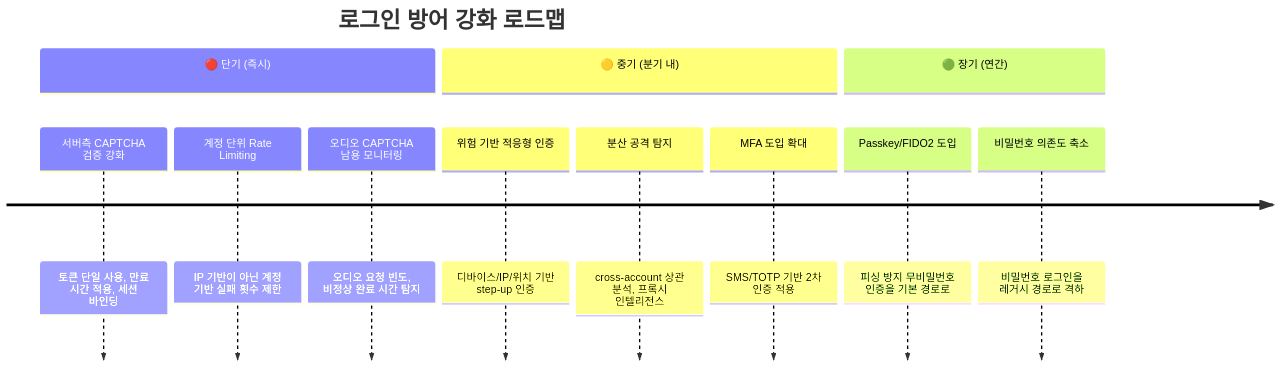
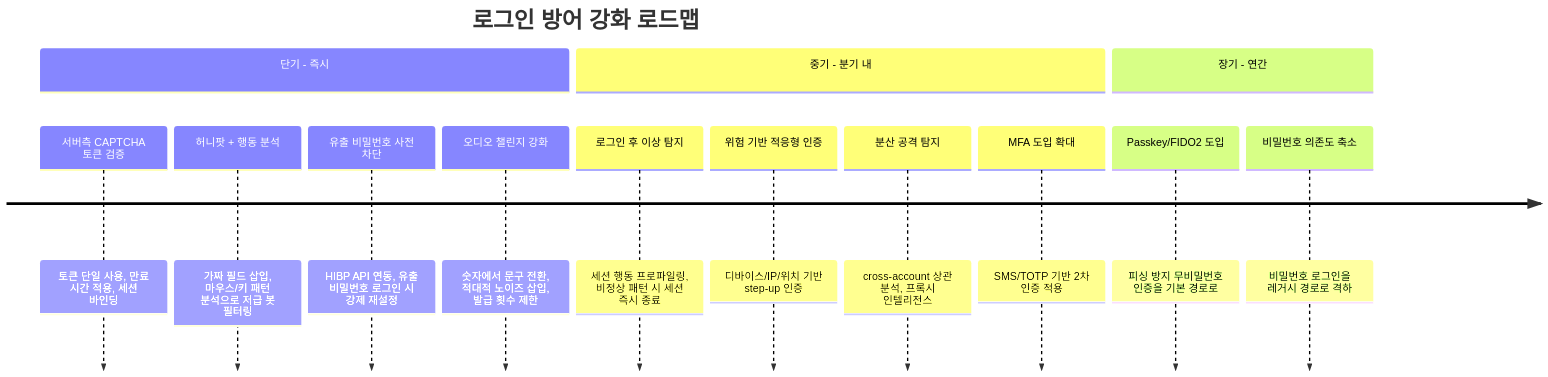
One commit to windshock/captcha-bypass changed the third of 3 diagrams in docs/reports/INTERNAL_REPORT.md. Above: the diagram before and after it, drawn with Mermaid. The commit also changed other lines of this file and 8 other files, not shown here.

````diff
--- a/docs/reports/INTERNAL_REPORT.md
+++ b/docs/reports/INTERNAL_REPORT.md
@@ -197,15 +301,17 @@
 ```mermaid
 timeline
     title 로그인 방어 강화 로드맵
-    section 🔴 단기 (즉시)
-        서버측 CAPTCHA 검증 강화 : 토큰 단일 사용, 만료 시간 적용, 세션 바인딩
-        계정 단위 Rate Limiting : IP 기반이 아닌 계정 기반 실패 횟수 제한
-        오디오 CAPTCHA 남용 모니터링 : 오디오 요청 빈도, 비정상 완료 시간 탐지
-    section 🟡 중기 (분기 내)
+    section 단기 - 즉시
+        서버측 CAPTCHA 토큰 검증 : 토큰 단일 사용, 만료 시간 적용, 세션 바인딩
+        허니팟 + 행동 분석 : 가짜 필드 삽입, 마우스/키 패턴 분석으로 저급 봇 필터링
+        유출 비밀번호 사전 차단 : HIBP API 연동, 유출 비밀번호 로그인 시 강제 재설정
+        오디오 챌린지 강화 : 숫자에서 문구 전환, 적대적 노이즈 삽입, 발급 횟수 제한
+    section 중기 - 분기 내
+        로그인 후 이상 탐지 : 세션 행동 프로파일링, 비정상 패턴 시 세션 즉시 종료
         위험 기반 적응형 인증 : 디바이스/IP/위치 기반 step-up 인증
         분산 공격 탐지 : cross-account 상관 분석, 프록시 인텔리전스
         MFA 도입 확대 : SMS/TOTP 기반 2차 인증 적용
-    section 🟢 장기 (연간)
+    section 장기 - 연간
         Passkey/FIDO2 도입 : 피싱 방지 무비밀번호 인증을 기본 경로로
         비밀번호 의존도 축소 : 비밀번호 로그인을 레거시 경로로 격하
 ```
````
